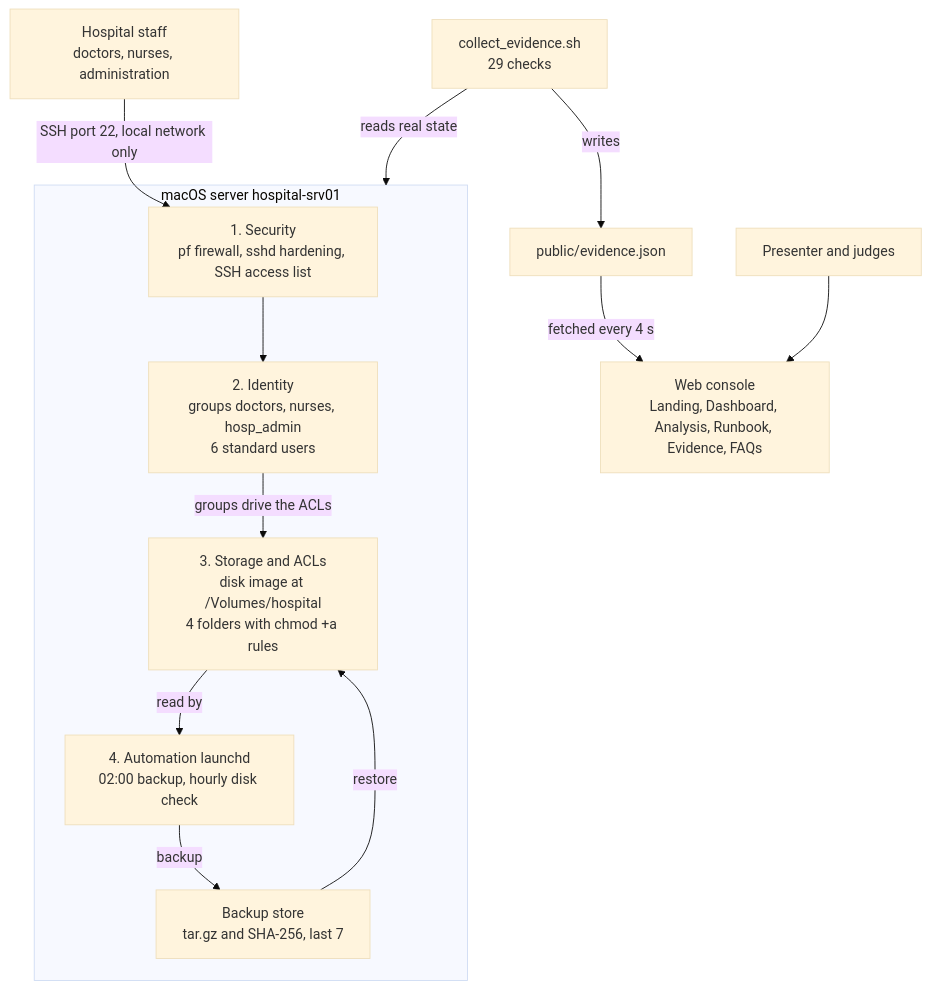
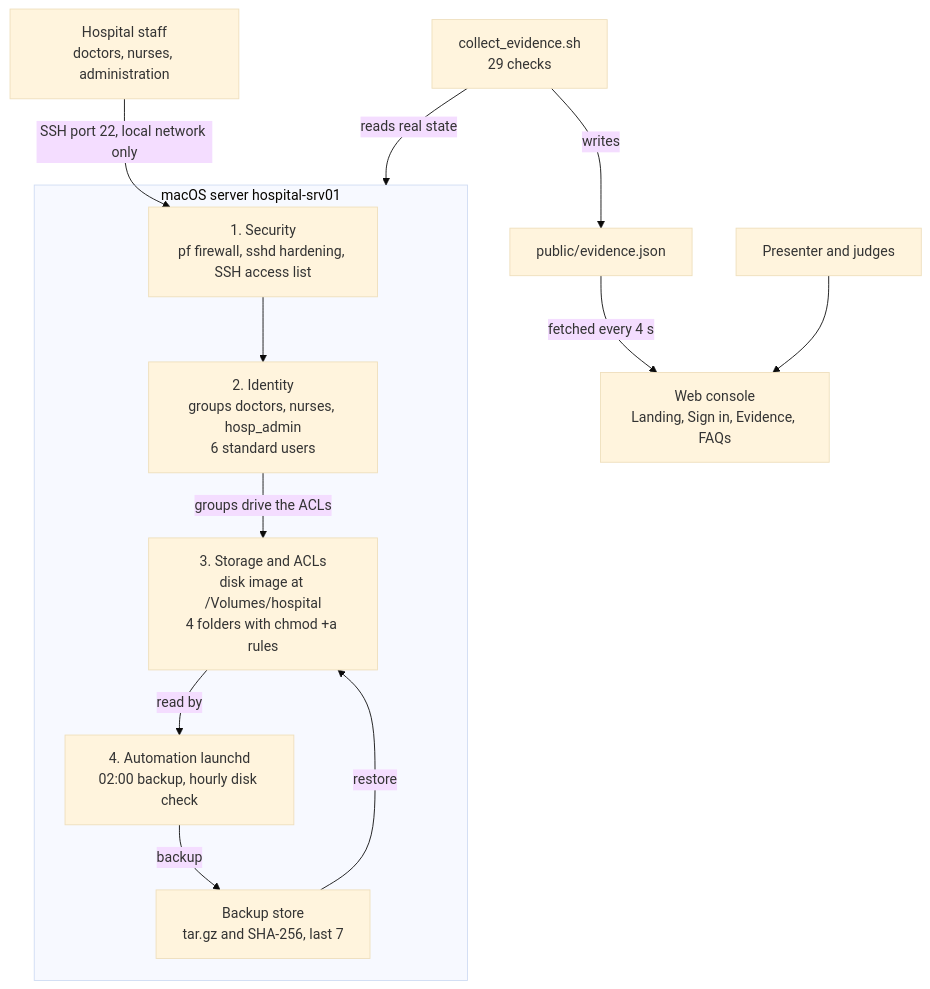
Before and after one commit to allenasat044-prog/OrangeCats: the first of 2 diagrams in README.md, drawn with Mermaid (base theme). The commit also changed other lines of this file and 12 other files, not shown here.

````diff
--- a/README.md
+++ b/README.md
@@ -40,20 +40,20 @@
 ```mermaid
 flowchart TD
   staff["Hospital staff<br/>doctors, nurses, administration"] -->|"SSH port 22, local network only"| sec
   subgraph server["macOS server hospital-srv01"]
     sec["1. Security<br/>pf firewall, sshd hardening, SSH access list"]
     ident["2. Identity<br/>groups doctors, nurses, hosp_admin<br/>6 standard users"]
     store["3. Storage and ACLs<br/>disk image at /Volumes/hospital<br/>4 folders with chmod +a rules"]
     auto["4. Automation launchd<br/>02:00 backup, hourly disk check"]
     bk["Backup store<br/>tar.gz and SHA-256, last 7"]
     sec --> ident
     ident -->|"groups drive the ACLs"| store
     store -->|"read by"| auto
     auto -->|"backup"| bk
     bk -->|"restore"| store
   end
   collect["collect_evidence.sh<br/>29 checks"] -->|"reads real state"| server
   collect -->|"writes"| json["public/evidence.json"]
-  json -->|"fetched every 4 s"| web["Web console<br/>Landing, Dashboard, Analysis, Runbook, Evidence, FAQs"]
+  json -->|"fetched every 4 s"| web["Web console<br/>Landing, Sign in, Evidence, FAQs"]
   judges["Presenter and judges"] --> web
 ```
````
